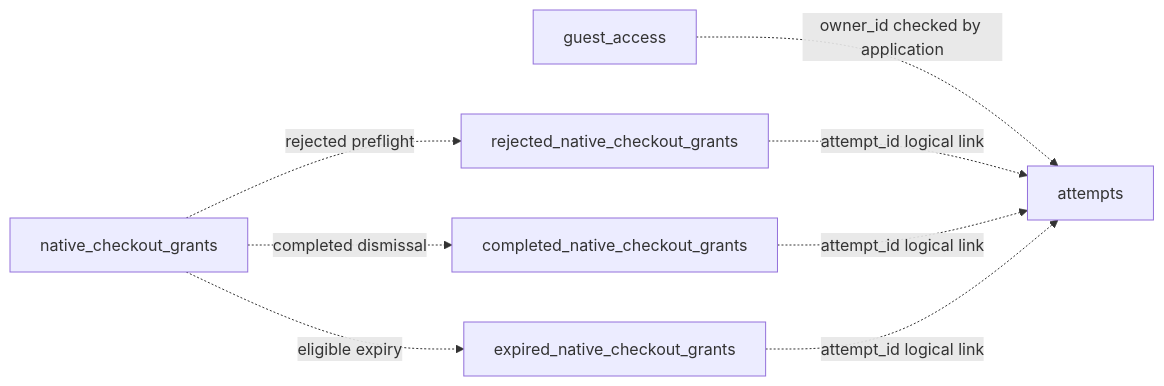
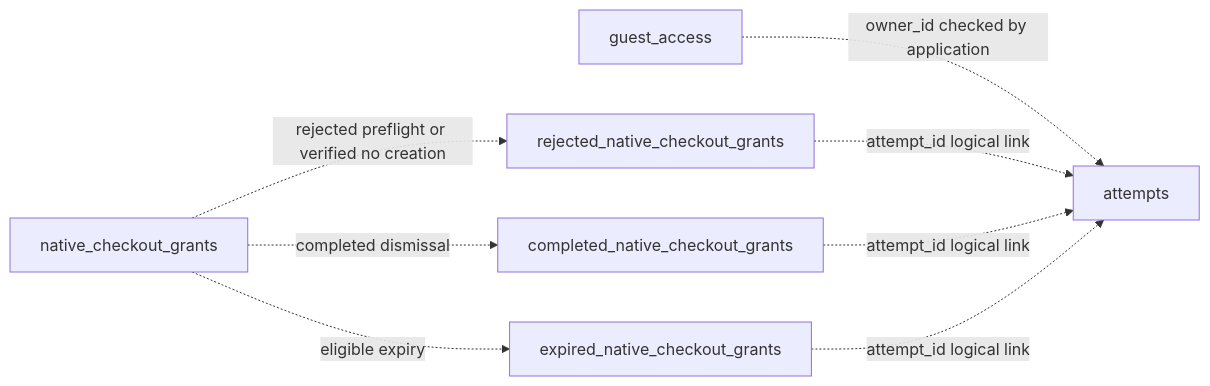
One commit to soccerbotstudiosg/soccerbotstudioSG changed the third of 8 diagrams in docs/architecture/database-schema.md. Above: the diagram before and after it, drawn with Mermaid. The commit also changed other lines of this file and 63 other files, not shown here.

````diff
--- a/docs/architecture/database-schema.md
+++ b/docs/architecture/database-schema.md
@@ -70,10 +79,10 @@
 ```mermaid
 flowchart LR
   guest_access -. "owner_id checked by application" .-> attempts
-  native_checkout_grants -. "rejected preflight" .-> rejected_native_checkout_grants
+  native_checkout_grants -. "rejected preflight or verified no creation" .-> rejected_native_checkout_grants
   native_checkout_grants -. "completed dismissal" .-> completed_native_checkout_grants
   native_checkout_grants -. "eligible expiry" .-> expired_native_checkout_grants
   rejected_native_checkout_grants -. "attempt_id logical link" .-> attempts
   completed_native_checkout_grants -. "attempt_id logical link" .-> attempts
   expired_native_checkout_grants -. "attempt_id logical link" .-> attempts
 ```
````
